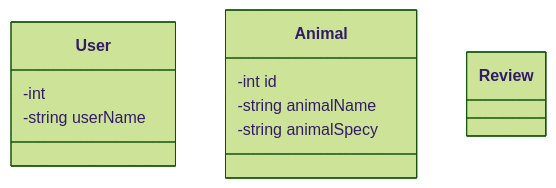
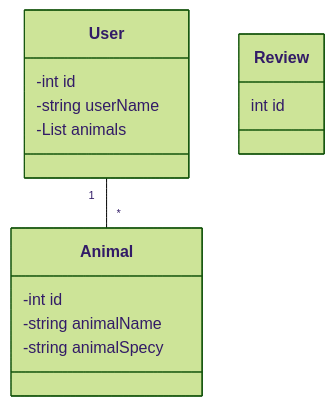
The diagram in README.md (bryan-jose-valdiviezo/sit-a-pup), drawn with Mermaid (forest theme) before and after one commit.

````diff
--- a/README.md
+++ b/README.md
@@ -3,13 +3,17 @@
 ```mermaid
  classDiagram
+      User "1" -- "*" Animal
       class User {
-            -int
+            -int id
             -string userName
+            -List<Animal> animals
       }
       class Animal {
 		-int id
 		-string animalName
 		-string animalSpecy
 	}
-      class Review
+      class Review {
+            int id
+      }
 ```
````
